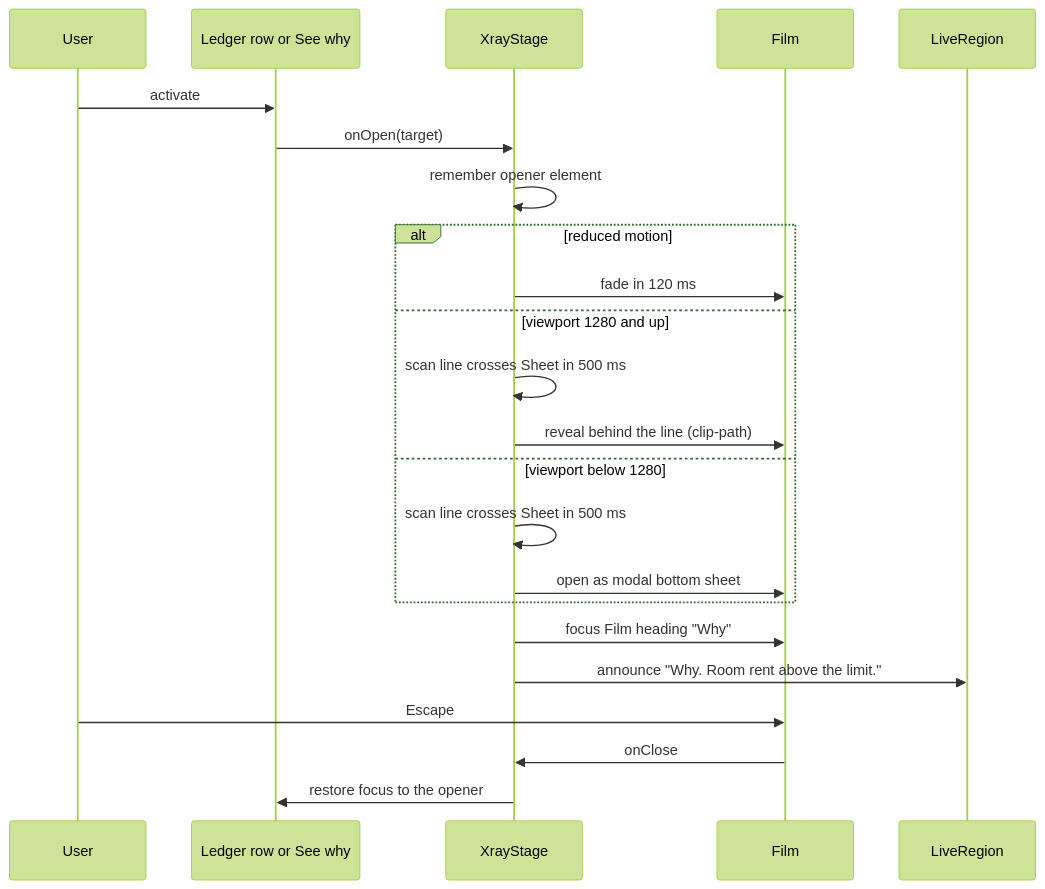
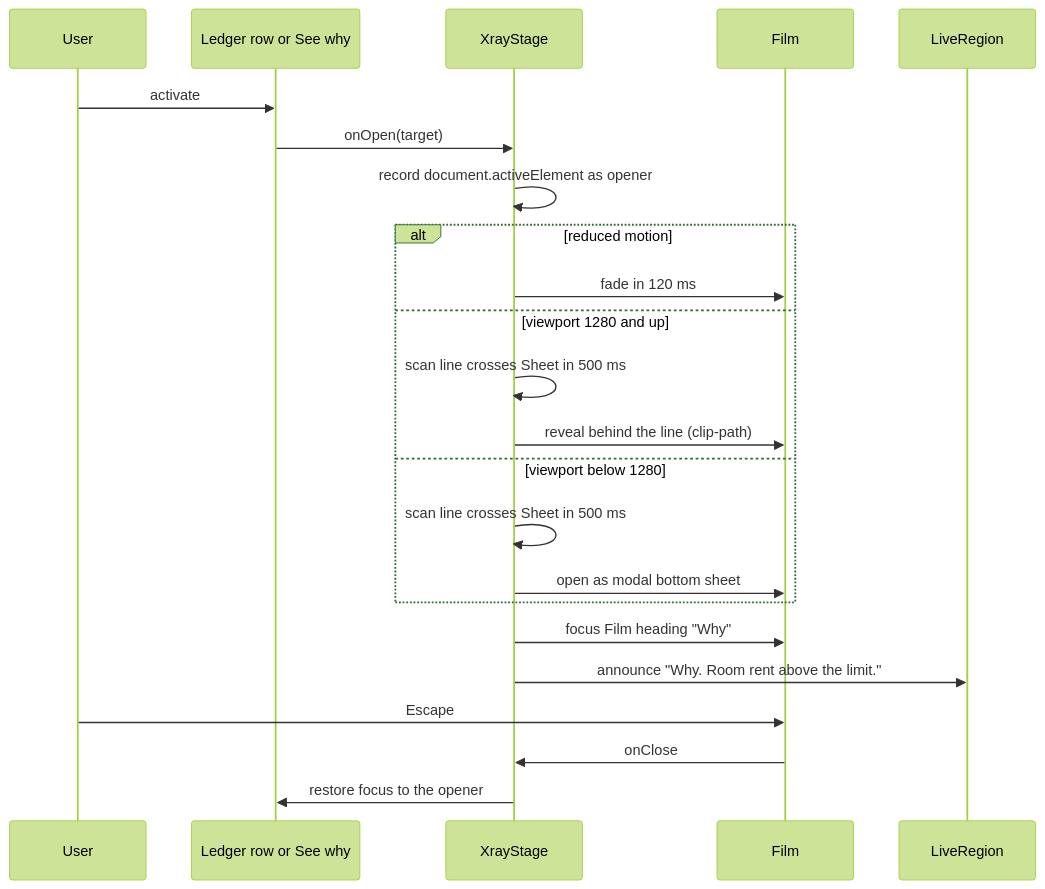
Before and after one commit to chitrakumarsai/dead-certain: the third of 3 diagrams in .kiro/specs/ui-kit/design.md, drawn with Mermaid (forest theme). The commit also changed other lines of this file and 9 other files, not shown here.

````diff
--- a/.kiro/specs/ui-kit/design.md
+++ b/.kiro/specs/ui-kit/design.md
@@ -155,25 +157,25 @@
 ```mermaid
 sequenceDiagram
     participant U as User
     participant L as Ledger row or See why
     participant X as XrayStage
     participant F as Film
     participant LR as LiveRegion
     U->>L: activate
     L->>X: onOpen(target)
-    X->>X: remember opener element
+    X->>X: record document.activeElement as opener
     alt reduced motion
         X->>F: fade in 120 ms
     else viewport 1280 and up
         X->>X: scan line crosses Sheet in 500 ms
         X->>F: reveal behind the line (clip-path)
     else viewport below 1280
         X->>X: scan line crosses Sheet in 500 ms
         X->>F: open as modal bottom sheet
     end
     X->>F: focus Film heading "Why"
     X->>LR: announce "Why. Room rent above the limit."
     U->>F: Escape
     F->>X: onClose
     X->>L: restore focus to the opener
 ```
````
